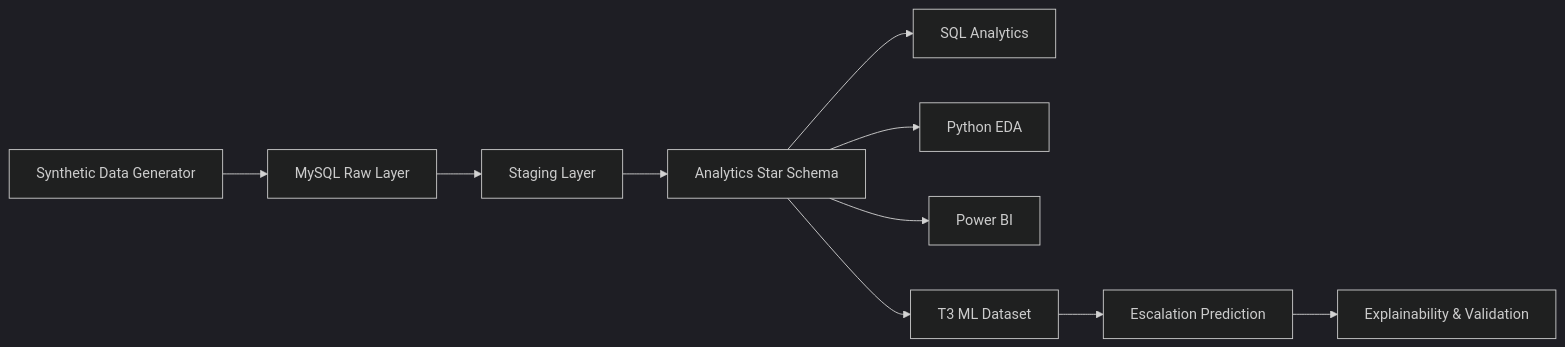
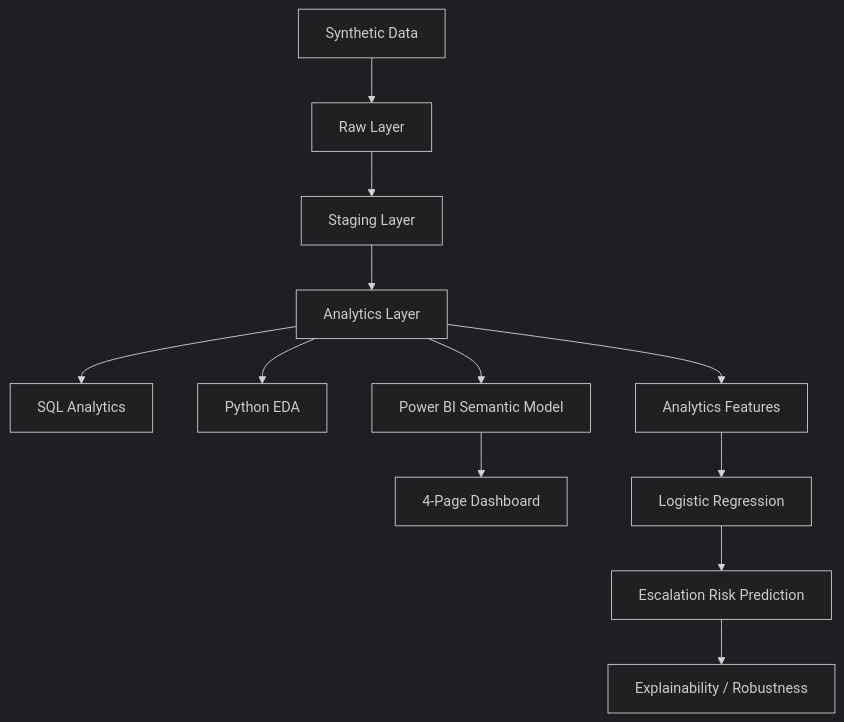
One commit to tvlswamy27/insightal-ai--bfsi-analytics changed the diagram in README.md. Above: the diagram before and after it, drawn with Mermaid (dark theme). The commit also changed other lines of this file, not shown here.

````diff
--- a/README.md
+++ b/README.md
@@ -48,12 +60,15 @@
 ```mermaid
-flowchart LR
-    A[Synthetic Data Generator] --> B[MySQL Raw Layer]
+flowchart TD
+    A[Synthetic Data] --> B[Raw Layer]
     B --> C[Staging Layer]
-    C --> D[Analytics Star Schema]
+    C --> D[Analytics Layer]
     D --> E[SQL Analytics]
     D --> F[Python EDA]
-    D --> G[Power BI]
-    D --> H[T3 ML Dataset]
-    H --> I[Escalation Prediction]
-    I --> J[Explainability & Validation]
+    D --> G[Power BI Semantic Model]
+    G --> H[4-Page Dashboard]
+    
+    D --> I[Analytics Features]
+    I --> J[Logistic Regression]
+    J --> K[Escalation Risk Prediction]
+    K --> L[Explainability / Robustness]
 ```
````
